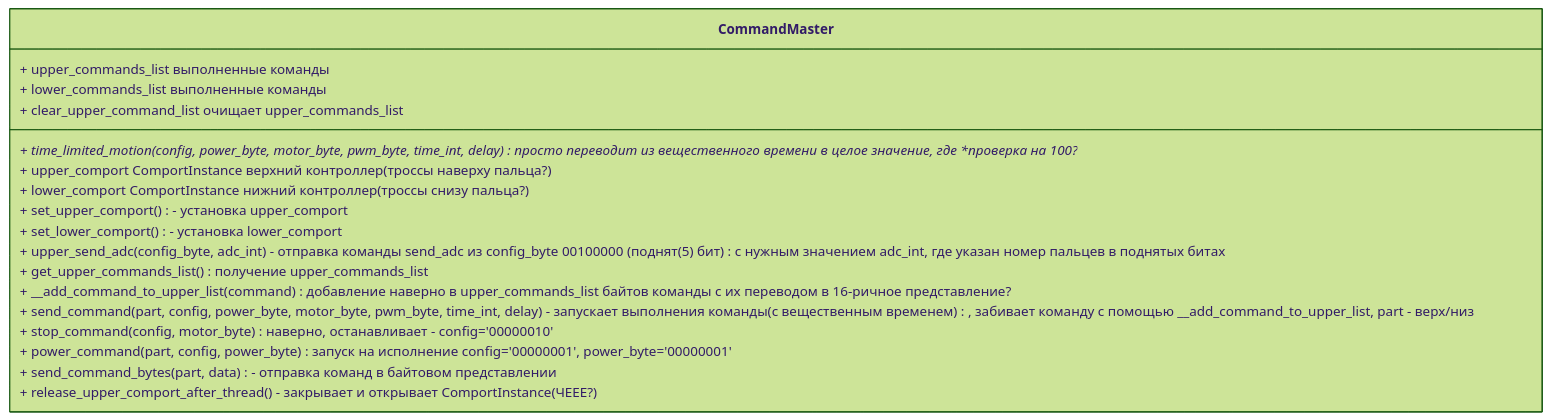
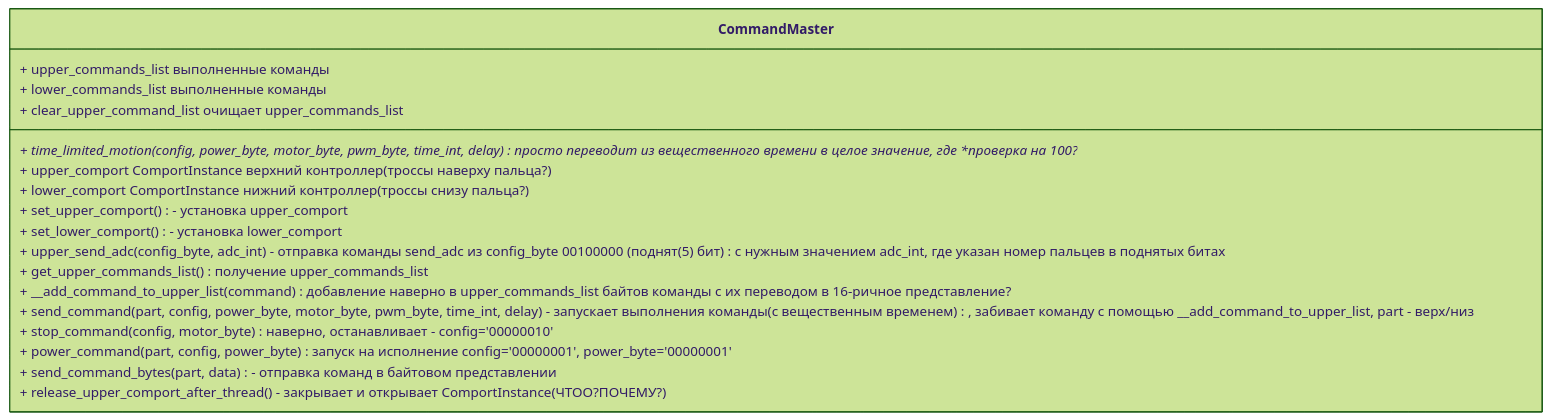
One commit to kosteleyyv/wiki_cybermed changed the second of 3 diagrams in README.md. Above: the diagram before and after it, drawn with Mermaid (forest theme).

````diff
--- a/README.md
+++ b/README.md
@@ -44,21 +44,21 @@
 ```mermaid
 classDiagram
 class CommandMaster{
    + time_limited_motion(config, power_byte, motor_byte, pwm_byte, time_int, delay) просто переводит из вещественного времени в целое значение, где **проверка на 100?**
    + upper_comport ComportInstance верхний контроллер (троссы наверху пальца?)
    + lower_comport ComportInstance нижний контроллер (троссы снизу пальца?)
    + upper_commands_list выполненные команды
    + lower_commands_list выполненные команды
    + set_upper_comport() - установка upper_comport
    + set_lower_comport() - установка lower_comport
    + upper_send_adc(config_byte, adc_int) - отправка команды send_adc из config_byte 00100000 (поднят (5) бит) с нужным значением adc_int, где указан номер пальцев в поднятых битах
    + get_upper_commands_list() получение upper_commands_list
    + __add_command_to_upper_list (command) добавление наверно в upper_commands_list байтов команды с их переводом в 16-ричное представление?
    + clear_upper_command_list очищает upper_commands_list
    + send_command(part, config, power_byte, motor_byte, pwm_byte, time_int, delay) - запускает выполнения команды (с вещественным временем), забивает команду с помощью __add_command_to_upper_list, part - верх/низ
    + stop_command(config, motor_byte) наверно, останавливает - config='00000010'
    + power_command(part, config, power_byte) запуск на исполнение config='00000001', power_byte='00000001'
    + send_command_bytes( part, data) - отправка команд в байтовом представлении
-   + release_upper_comport_after_thread() - закрывает и открывает ComportInstance (ЧЕЕЕ?)
+   + release_upper_comport_after_thread() - закрывает и открывает ComportInstance (ЧТОО?ПОЧЕМУ?)
 }
 ```
````
